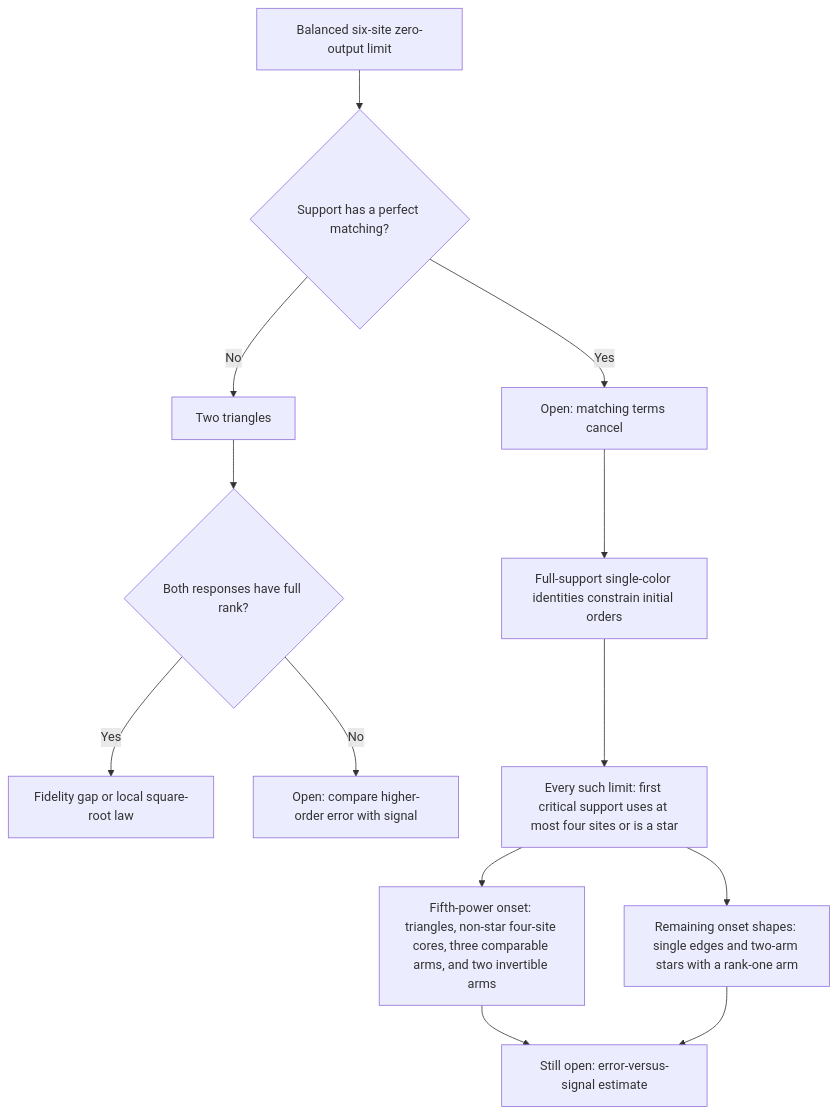
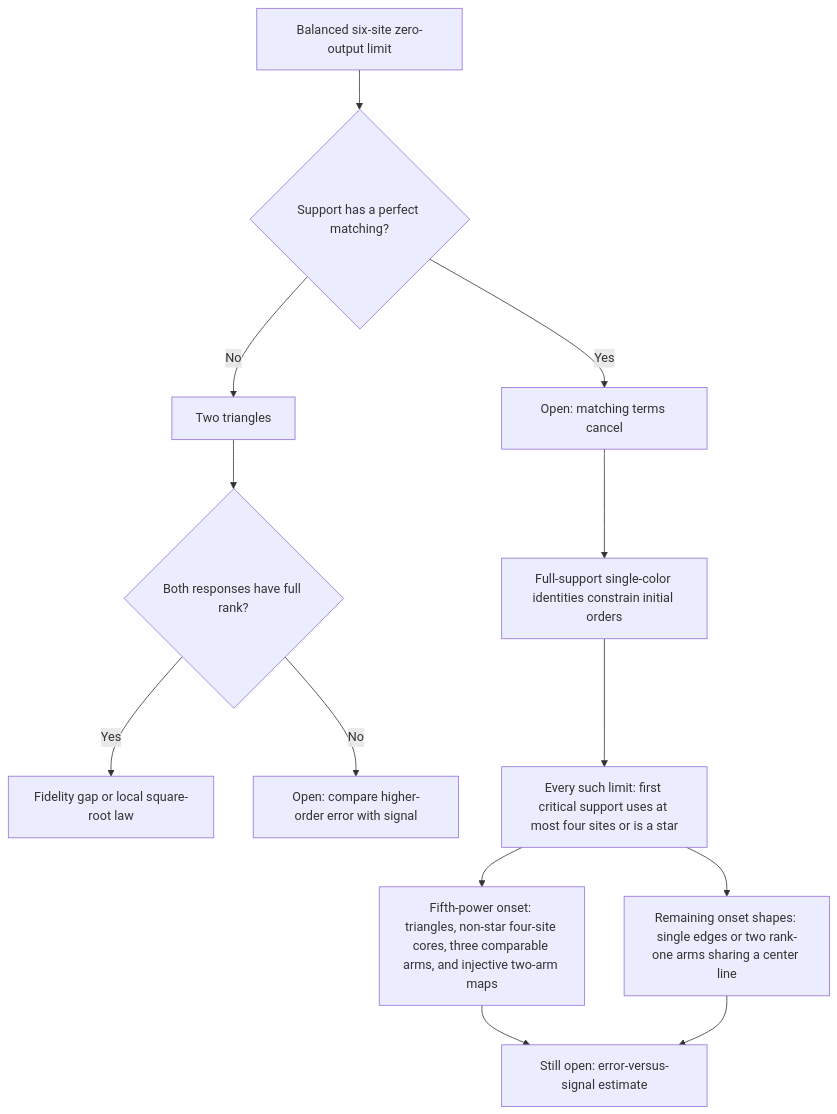
The diagram in research/ghz-rates/README.md (rrajasek95/krenn-conjecture), drawn with Mermaid before and after one commit. The commit also changed other lines of this file and 11 other files, not shown here.

Commit message:
Extend two-arm GHZ onset through weighted triangle rescaling

```diff
--- a/research/ghz-rates/README.md
+++ b/research/ghz-rates/README.md
@@ -50,15 +51,15 @@
 ~~~mermaid
 flowchart TD
     A["Balanced six-site zero-output limit"] --> B{"Support has a perfect matching?"}
     B -->|No| C["Two triangles"]
     C --> D{"Both responses have full rank?"}
     D -->|Yes| E["Fidelity gap or local square-root law"]
     D -->|No| F["Open: compare higher-order error with signal"]
     B -->|Yes| G["Open: matching terms cancel"]
     G --> H["Full-support single-color identities constrain initial orders"]
     H --> I["Every such limit: first critical support uses at most four sites or is a star"]
-    I --> J["Fifth-power onset: triangles, non-star four-site cores, three comparable arms, and two invertible arms"]
-    I --> K["Remaining onset shapes: single edges and two-arm stars with a rank-one arm"]
+    I --> J["Fifth-power onset: triangles, non-star four-site cores, three comparable arms, and injective two-arm maps"]
+    I --> K["Remaining onset shapes: single edges or two rank-one arms sharing a center line"]
     J --> L["Still open: error-versus-signal estimate"]
     K --> L
 ~~~
```
